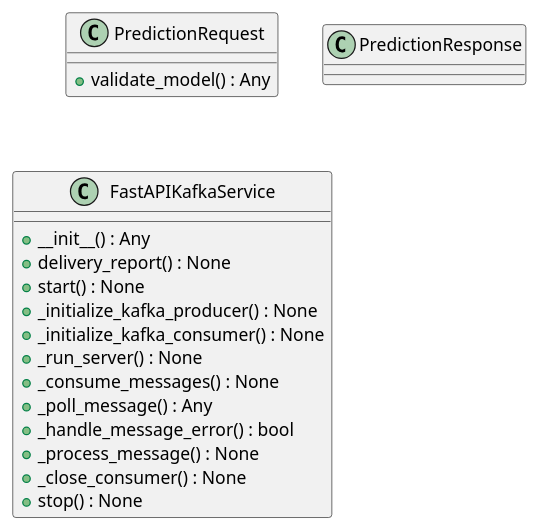
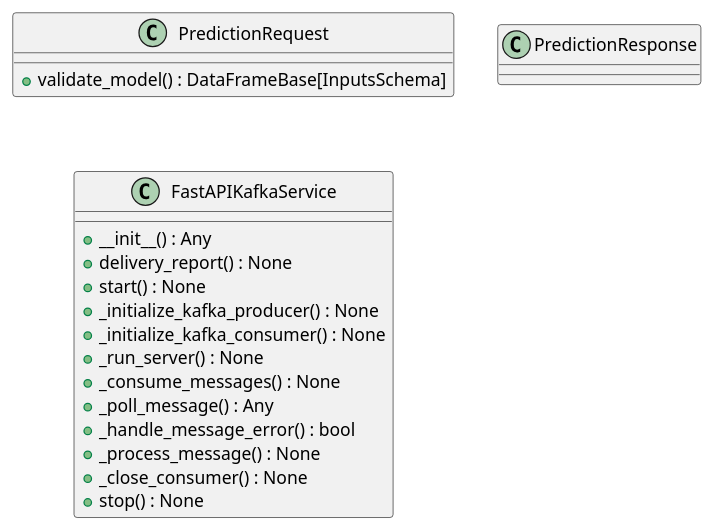
One commit to lgcorzo/llmops-python-package changed the first of 6 diagrams in openwiki/modules/src/autogen_team/infrastructure/messaging/kafka_app.md. Above: the diagram before and after it, drawn with PlantUML. The commit also changed other lines of this file and 155 other files, not shown here.

````diff
--- a/openwiki/modules/src/autogen_team/infrastructure/messaging/kafka_app.md
+++ b/openwiki/modules/src/autogen_team/infrastructure/messaging/kafka_app.md
@@ -81,23 +90,23 @@
 ```plantuml
 @startuml
     class PredictionRequest {
-        +validate_model() : Any
+        +validate_model() : DataFrameBase[InputsSchema]
     }
     class PredictionResponse {
     }
     class FastAPIKafkaService {
         +__init__() : Any
         +delivery_report() : None
         +start() : None
         +_initialize_kafka_producer() : None
         +_initialize_kafka_consumer() : None
         +_run_server() : None
         +_consume_messages() : None
         +_poll_message() : Any
         +_handle_message_error() : bool
         +_process_message() : None
         +_close_consumer() : None
         +stop() : None
     }
 @enduml
 ```
````
